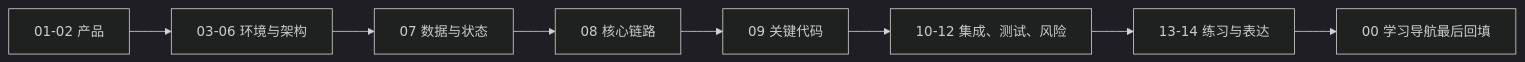
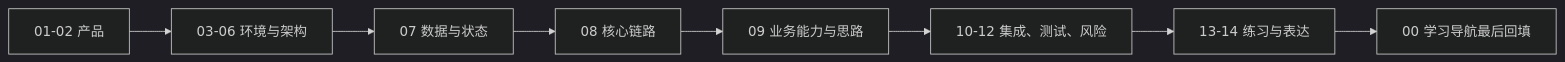
One commit to xinqingaa/agent-case changed the diagram in docs/specifications/document-contract.md. Above: the diagram before and after it, drawn with Mermaid (dark theme). The commit also changed other lines of this file and 74 other files, not shown here.

````diff
--- a/docs/specifications/document-contract.md
+++ b/docs/specifications/document-contract.md
@@ -8,10 +8,10 @@
 ```mermaid
 flowchart LR
     Product[01-02 产品] --> System[03-06 环境与架构]
     System --> Data[07 数据与状态]
     Data --> Flow[08 核心链路]
-    Flow --> Code[09 关键代码]
-    Code --> Quality[10-12 集成、测试、风险]
+    Flow --> Thinking[09 业务能力与思路]
+    Thinking --> Quality[10-12 集成、测试、风险]
     Quality --> Learn[13-14 练习与表达]
     Learn --> Guide[00 学习导航最后回填]
 ```
````
